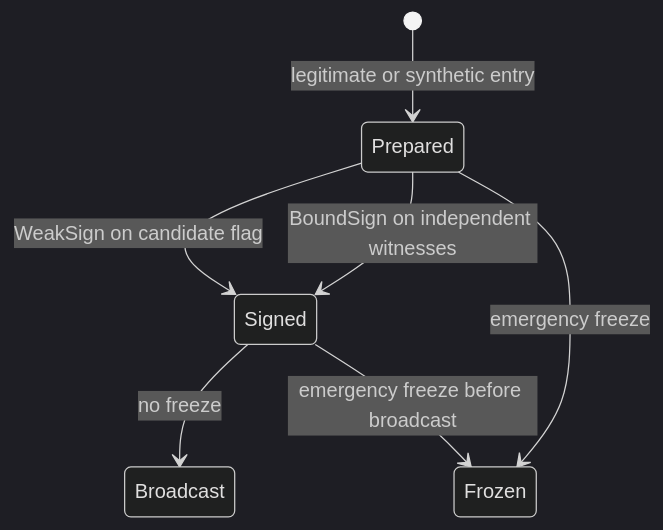
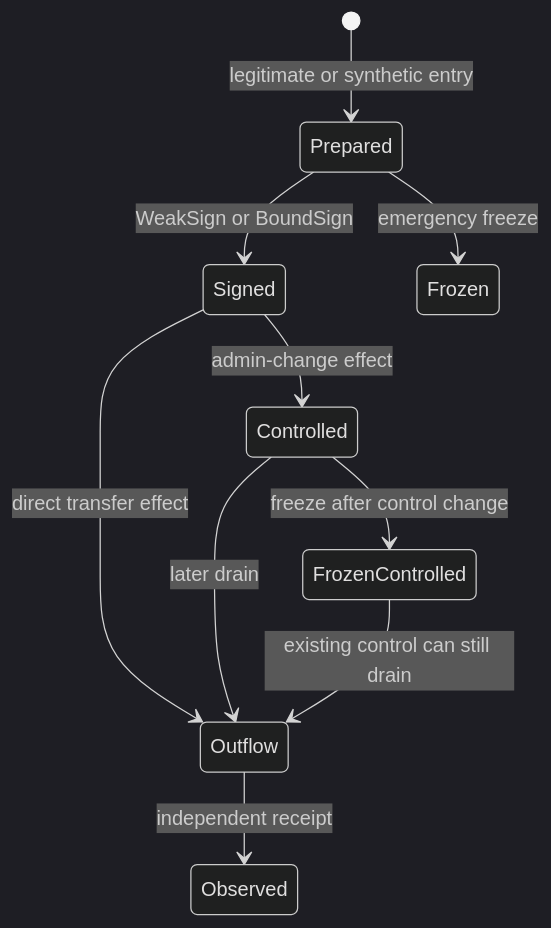
The second of 2 diagrams in user-interface/scenarios/exchange/cases/signing-trust-chain/README.org (tao3k/lambda-episteme), drawn with Mermaid (dark theme) before and after one commit. The commit also changed other lines of this file and 11 other files, not shown here.

Commit message:
feat(exchange): model signing control change and indirect drain

```diff
--- a/user-interface/scenarios/exchange/cases/signing-trust-chain/README.org
+++ b/user-interface/scenarios/exchange/cases/signing-trust-chain/README.org
@@ -197,9 +207,12 @@
 #+begin_src mermaid
 stateDiagram-v2
   [*] --> Prepared: legitimate or synthetic entry
-  Prepared --> Signed: WeakSign on candidate flag
-  Prepared --> Signed: BoundSign on independent witnesses
-  Signed --> Broadcast: no freeze
+  Prepared --> Signed: WeakSign or BoundSign
+  Signed --> Outflow: direct transfer effect
+  Signed --> Controlled: admin-change effect
+  Controlled --> Outflow: later drain
+  Outflow --> Observed: independent receipt
   Prepared --> Frozen: emergency freeze
-  Signed --> Frozen: emergency freeze before broadcast
+  Controlled --> FrozenControlled: freeze after control change
+  FrozenControlled --> Outflow: existing control can still drain
 #+end_src
```
